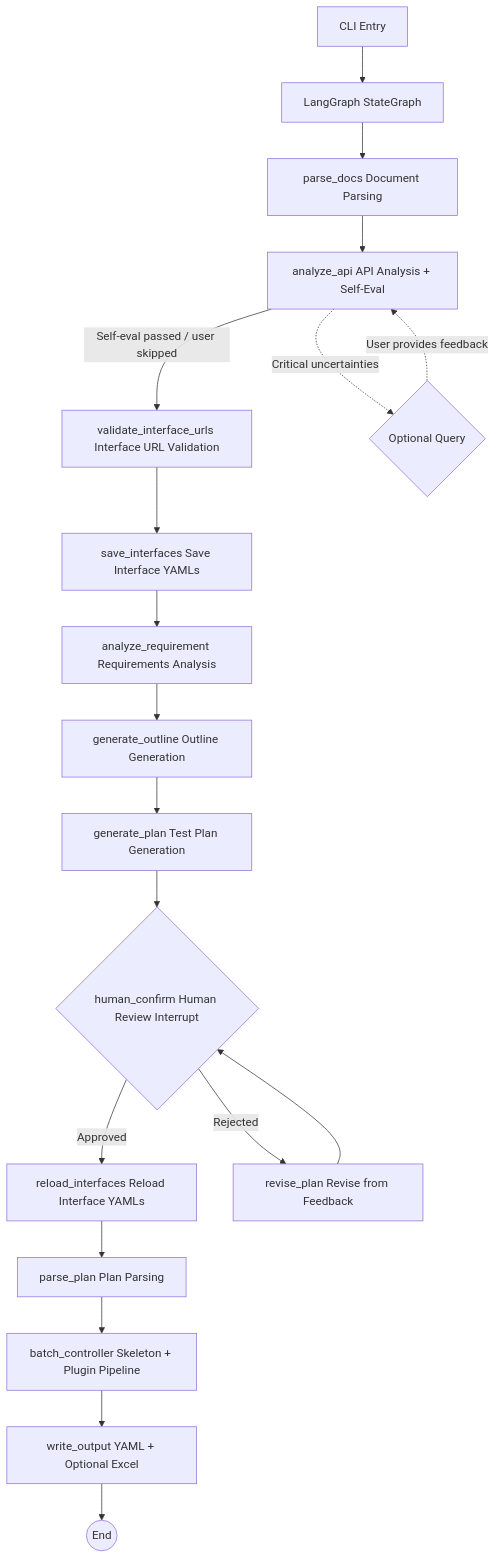
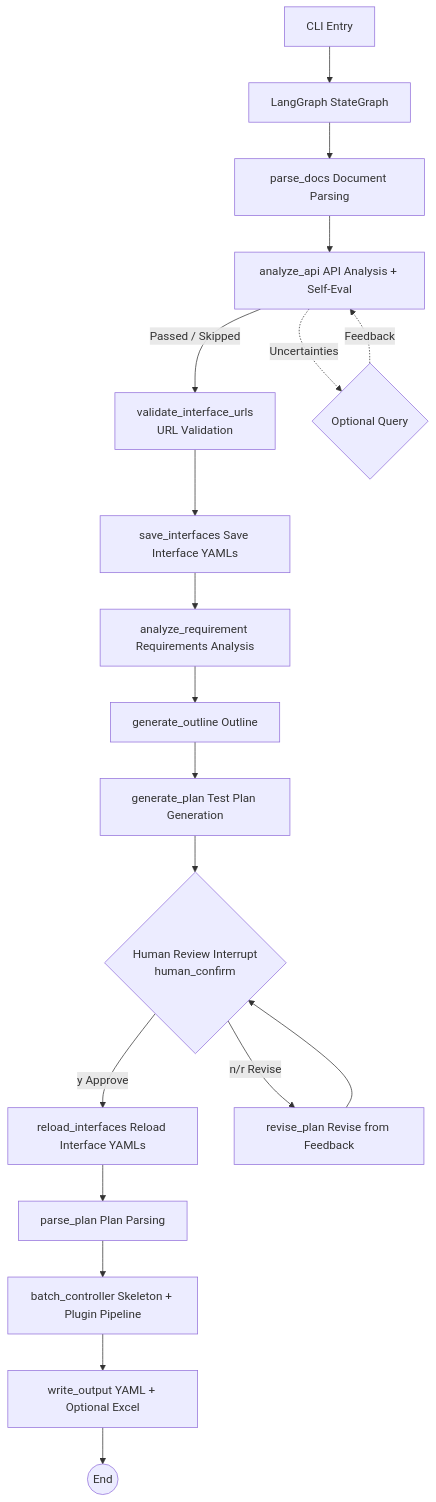
One commit to Remon-16/flow-forge changed the diagram in agent/docs/how-it-works.en.md. Above: the diagram before and after it, drawn with Mermaid. The commit also changed 11 other files, not shown here.

````diff
--- a/agent/docs/how-it-works.en.md
+++ b/agent/docs/how-it-works.en.md
@@ -13,20 +13,20 @@
 ```mermaid
 graph TD
     CLI[CLI Entry] --> GRAPH[LangGraph StateGraph]
     GRAPH --> PARSE[parse_docs Document Parsing]
     PARSE --> ANALYZE_API[analyze_api API Analysis + Self-Eval]
-    ANALYZE_API -->|Self-eval passed / user skipped| VALIDATE_URLS[validate_interface_urls Interface URL Validation]
-    ANALYZE_API -.->|Critical uncertainties| API_ASK{Optional Query}
-    API_ASK -.->|User provides feedback| ANALYZE_API
+    ANALYZE_API -->|Passed / Skipped| VALIDATE_URLS[validate_interface_urls<br/>URL Validation]
+    ANALYZE_API -.->|Uncertainties| API_ASK{Optional Query}
+    API_ASK -.->|Feedback| ANALYZE_API
     VALIDATE_URLS --> SAVE_IFACES[save_interfaces Save Interface YAMLs]
     SAVE_IFACES --> ANALYZE_REQ[analyze_requirement Requirements Analysis]
-    ANALYZE_REQ --> GEN_OUTLINE[generate_outline Outline Generation] --> GEN_PLAN[generate_plan Test Plan Generation]
-    GEN_PLAN --> CONFIRM{human_confirm Human Review Interrupt}
-    CONFIRM -->|Approved| RELOAD_IFACES[reload_interfaces Reload Interface YAMLs]
-    CONFIRM -->|Rejected| REVISE[revise_plan Revise from Feedback]
+    ANALYZE_REQ --> GEN_OUTLINE[generate_outline Outline] --> GEN_PLAN[generate_plan Test Plan Generation]
+    GEN_PLAN --> CONFIRM{Human Review Interrupt<br/>human_confirm}
+    CONFIRM -->|y Approve| RELOAD_IFACES[reload_interfaces Reload Interface YAMLs]
+    CONFIRM -->|n/r Revise| REVISE[revise_plan Revise from Feedback]
     REVISE --> CONFIRM
     RELOAD_IFACES --> PARSE_PLAN[parse_plan Plan Parsing]
     PARSE_PLAN --> BATCH[batch_controller Skeleton + Plugin Pipeline]
     BATCH --> WRITE[write_output YAML + Optional Excel]
     WRITE --> END((End))
 ```
````
